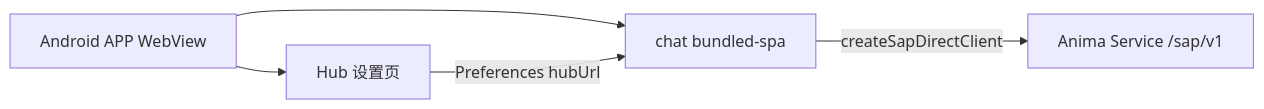
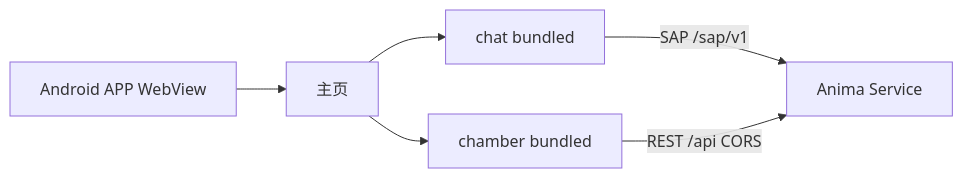
The diagram in docs/features/mobile-app.md (freeanima-org/freeanima), drawn with Mermaid before and after one commit. The commit also changed other lines of this file and 59 other files, not shown here.

First line of the commit message:
feat(platform): 客户端 bundled UI，Hub 仅保留 API 与 SAP

````diff
--- a/docs/features/mobile-app.md
+++ b/docs/features/mobile-app.md
@@ -21,12 +21,14 @@
 ```mermaid
 flowchart LR
   Phone[Android APP WebView]
-  Settings[Hub 设置页]
-  Chat[chat bundled-spa]
-  Hub[Anima Service /sap/v1]
+  Home[主页]
+  Chat[chat bundled]
+  Chamber[chamber bundled]
+  Hub[Anima Service]
 
-  Phone --> Settings
-  Phone --> Chat
-  Chat -->|createSapDirectClient| Hub
-  Settings -->|Preferences hubUrl| Chat
+  Phone --> Home
+  Home --> Chat
+  Home --> Chamber
+  Chat -->|SAP /sap/v1| Hub
+  Chamber -->|REST /api CORS| Hub
 ```
````
